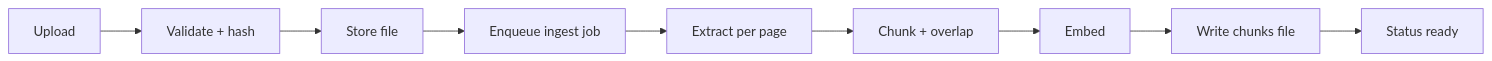
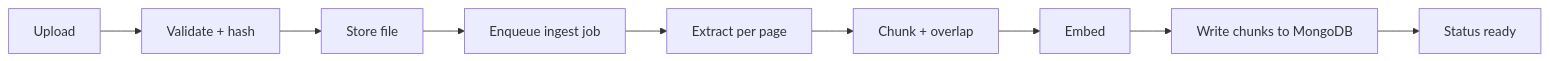
Before and after one commit to Nkululeko-data/ai-learning-assistant: the third of 3 diagrams in backend-architecture (1).md, drawn with Mermaid. The commit also changed other lines of this file and 86 other files, not shown here.

````diff
--- a/backend-architecture (1).md
+++ b/backend-architecture (1).md
@@ -655,5 +667,5 @@
 ```mermaid
 flowchart LR
   UP[Upload] --> V[Validate + hash] --> ST[Store file] --> Q[Enqueue ingest job]
-  Q --> EX[Extract per page] --> CH[Chunk + overlap] --> EM[Embed] --> W[Write chunks file] --> RDY[Status ready]
+  Q --> EX[Extract per page] --> CH[Chunk + overlap] --> EM[Embed] --> W[Write chunks to MongoDB] --> RDY[Status ready]
 ```
````
